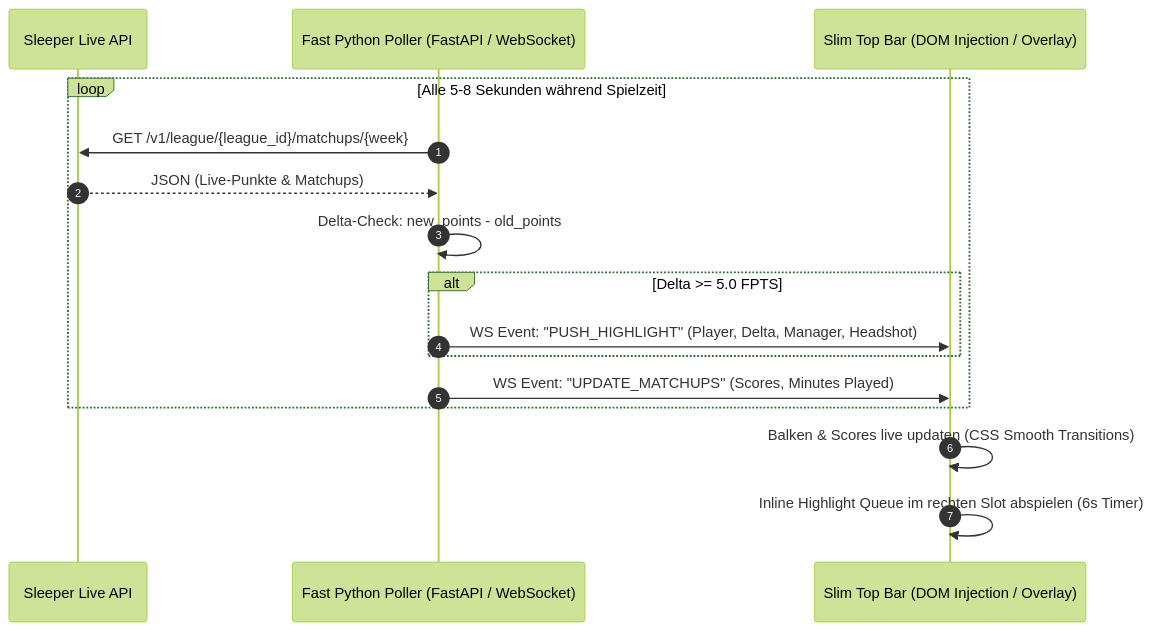
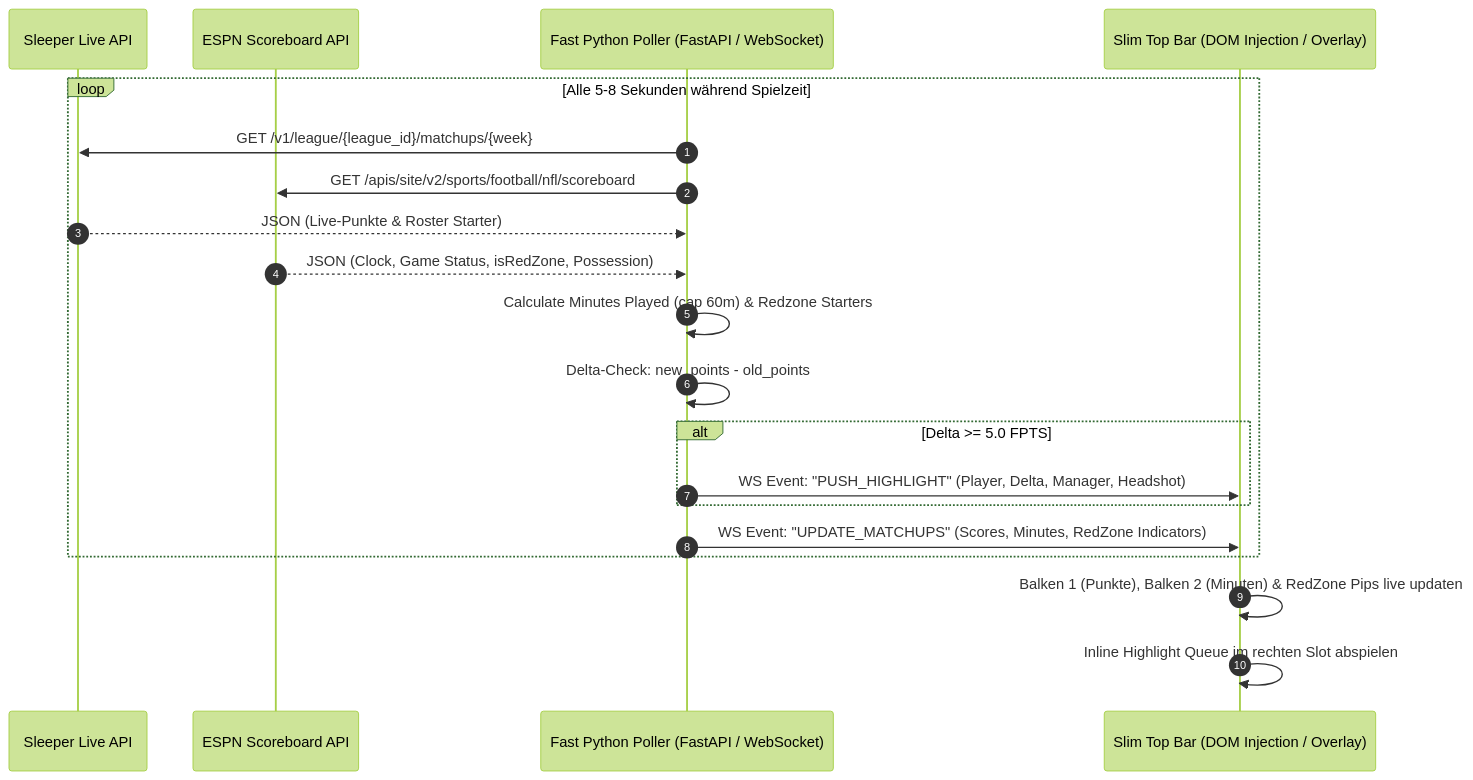
Before and after one commit to Sunkarr/NFL-Fantasy-Live-Game-HUD: the diagram in docs/GAME_HUD_CONCEPT.md, drawn with Mermaid (forest theme). The commit also changed other lines of this file and 13 other files, not shown here.

First line of the commit message:
feat: add dual progress bars, red zone alerts, hover transparency and league-agnostic scaling (v1.5.0)

````diff
--- a/docs/GAME_HUD_CONCEPT.md
+++ b/docs/GAME_HUD_CONCEPT.md
@@ -167,19 +181,23 @@
 ```mermaid
 sequenceDiagram
     autonumber
     participant Sleeper as Sleeper Live API
+    participant ESPN as ESPN Scoreboard API
     participant Server as Fast Python Poller (FastAPI / WebSocket)
     participant Overlay as Slim Top Bar (DOM Injection / Overlay)
 
     loop Alle 5-8 Sekunden während Spielzeit
         Server->>Sleeper: GET /v1/league/{league_id}/matchups/{week}
-        Sleeper-->>Server: JSON (Live-Punkte & Matchups)
+        Server->>ESPN: GET /apis/site/v2/sports/football/nfl/scoreboard
+        Sleeper-->>Server: JSON (Live-Punkte & Roster Starter)
+        ESPN-->>Server: JSON (Clock, Game Status, isRedZone, Possession)
+        Server->>Server: Calculate Minutes Played (cap 60m) & Redzone Starters
         Server->>Server: Delta-Check: new_points - old_points
         alt Delta >= 5.0 FPTS
             Server->>Overlay: WS Event: "PUSH_HIGHLIGHT" (Player, Delta, Manager, Headshot)
         end
-        Server->>Overlay: WS Event: "UPDATE_MATCHUPS" (Scores, Minutes Played)
+        Server->>Overlay: WS Event: "UPDATE_MATCHUPS" (Scores, Minutes, RedZone Indicators)
     end
-    Overlay->>Overlay: Balken & Scores live updaten (CSS Smooth Transitions)
-    Overlay->>Overlay: Inline Highlight Queue im rechten Slot abspielen (6s Timer)
+    Overlay->>Overlay: Balken 1 (Punkte), Balken 2 (Minuten) & RedZone Pips live updaten
+    Overlay->>Overlay: Inline Highlight Queue im rechten Slot abspielen
 ```
````
